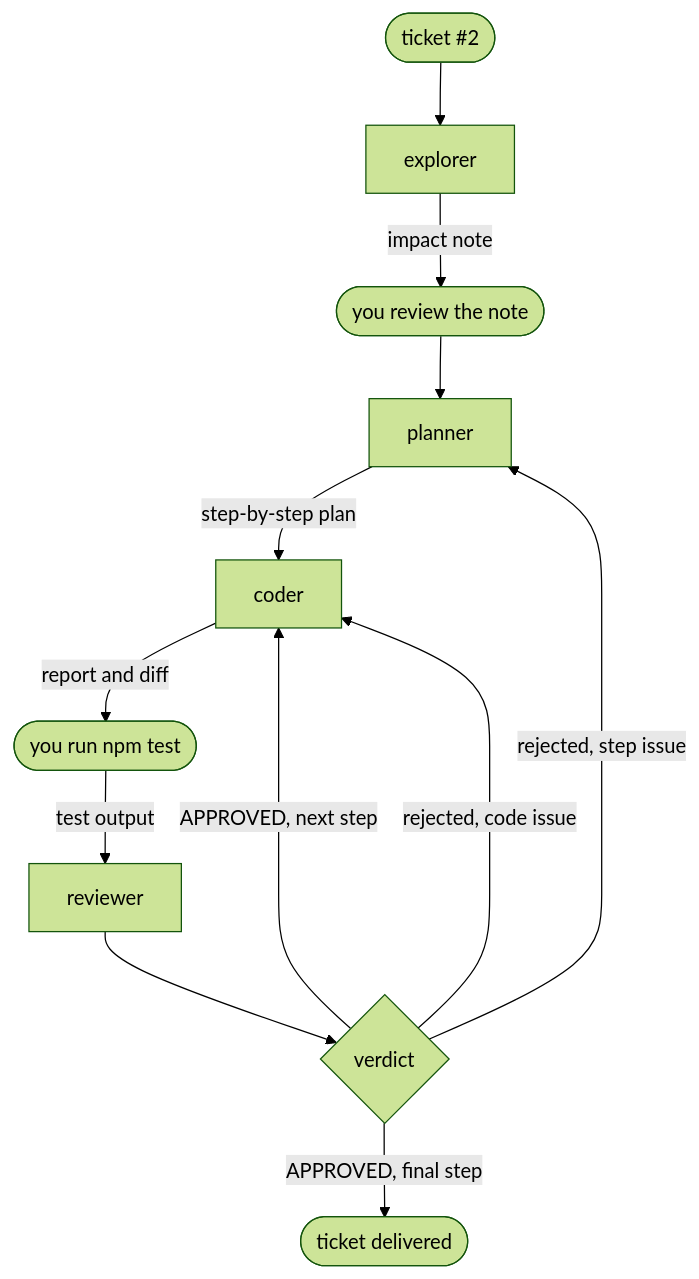
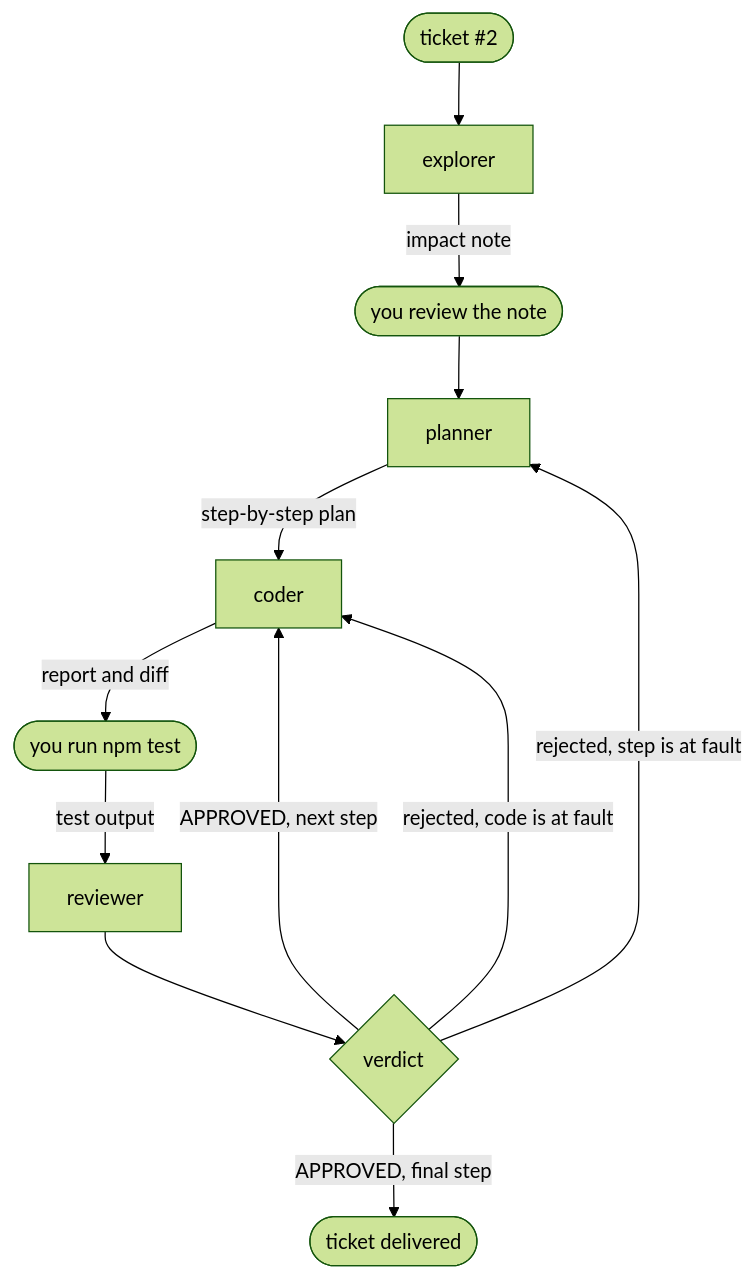
One commit to AI-for-dev/hands-on-harness changed the diagram in content/en/act2-workflows.md. Above: the diagram before and after it, drawn with Mermaid (forest theme). The commit also changed other lines of this file and 29 other files, not shown here.

````diff
--- a/content/en/act2-workflows.md
+++ b/content/en/act2-workflows.md
@@ -22,14 +22,14 @@
 ```mermaid
 flowchart TD
     T([ticket #2]) --> E[explorer]
     E -- impact note --> L([you review the note])
     L --> P[planner]
     P -- step-by-step plan --> C[coder]
     C -- report and diff --> N([you run npm test])
     N -- test output --> R[reviewer]
     R --> V{verdict}
     V -- "APPROVED, next step" --> C
-    V -- "rejected, code issue" --> C
-    V -- "rejected, step issue" --> P
+    V -- "rejected, code is at fault" --> C
+    V -- "rejected, step is at fault" --> P
     V -- "APPROVED, final step" --> F([ticket delivered])
 ```
````
